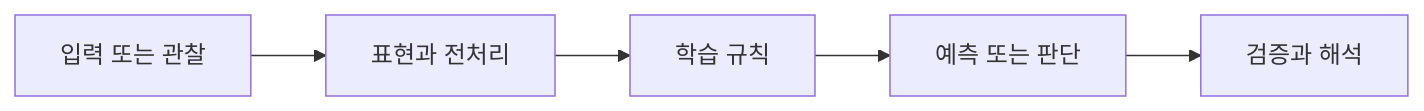
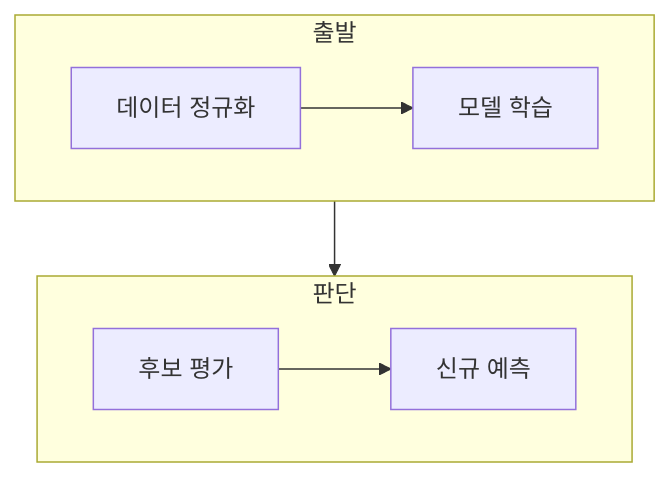
Before and after one commit to umyunsang/edu: the diagram in ComputerScience/03_ai-ml-data/machine-learning/notes/01. SVM과 KNN 대비 문제.md, drawn with Mermaid. The commit also changed other lines of this file and 20 other files, not shown here.

````diff
--- a/ComputerScience/03_ai-ml-data/machine-learning/notes/01. SVM과 KNN 대비 문제.md
+++ b/ComputerScience/03_ai-ml-data/machine-learning/notes/01. SVM과 KNN 대비 문제.md
@@ -24,7 +23,12 @@
 ```mermaid
-flowchart LR
-    A["입력 또는 관찰"] --> B["표현과 전처리"]
-    B --> C["학습 규칙"]
-    C --> D["예측 또는 판단"]
-    D --> E["검증과 해석"]
+flowchart TB
+    subgraph Input[출발]
+        direction LR
+        A[데이터 정규화] --> B[모델 학습]
+    end
+    subgraph Decision[판단]
+        direction LR
+        C[후보 평가] --> D[신규 예측]
+    end
+    B --> C
 ```
````
